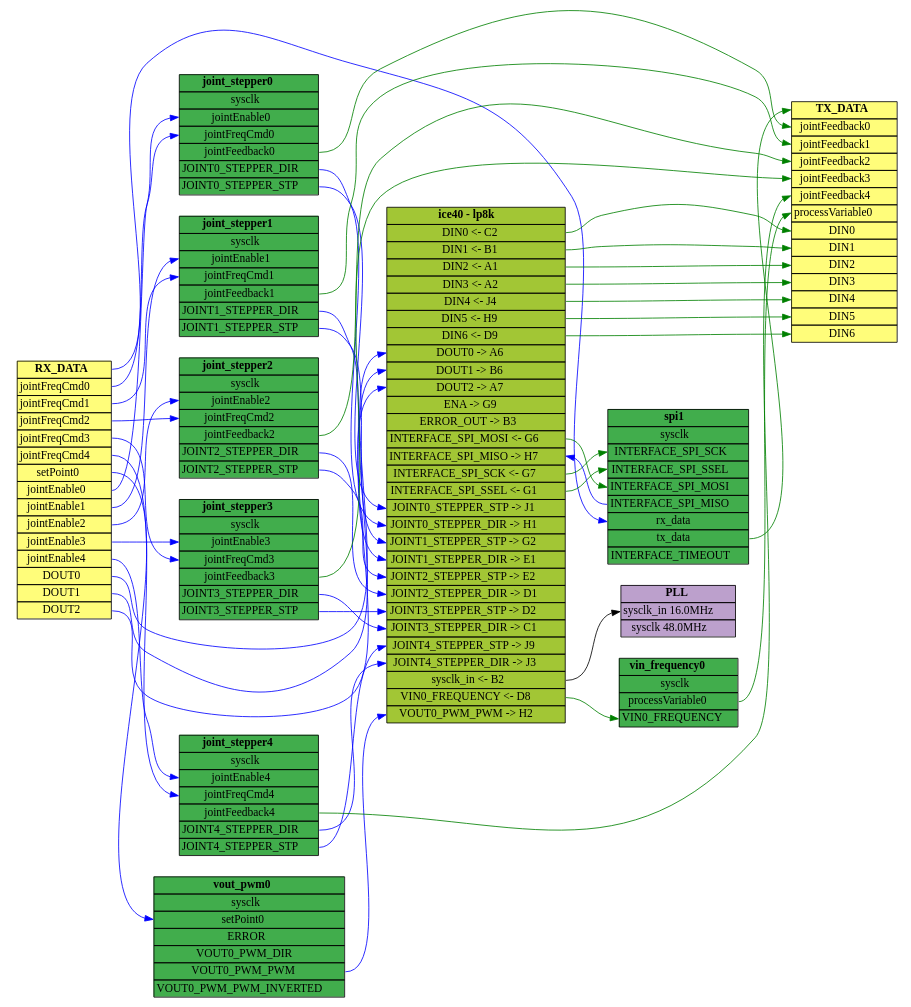
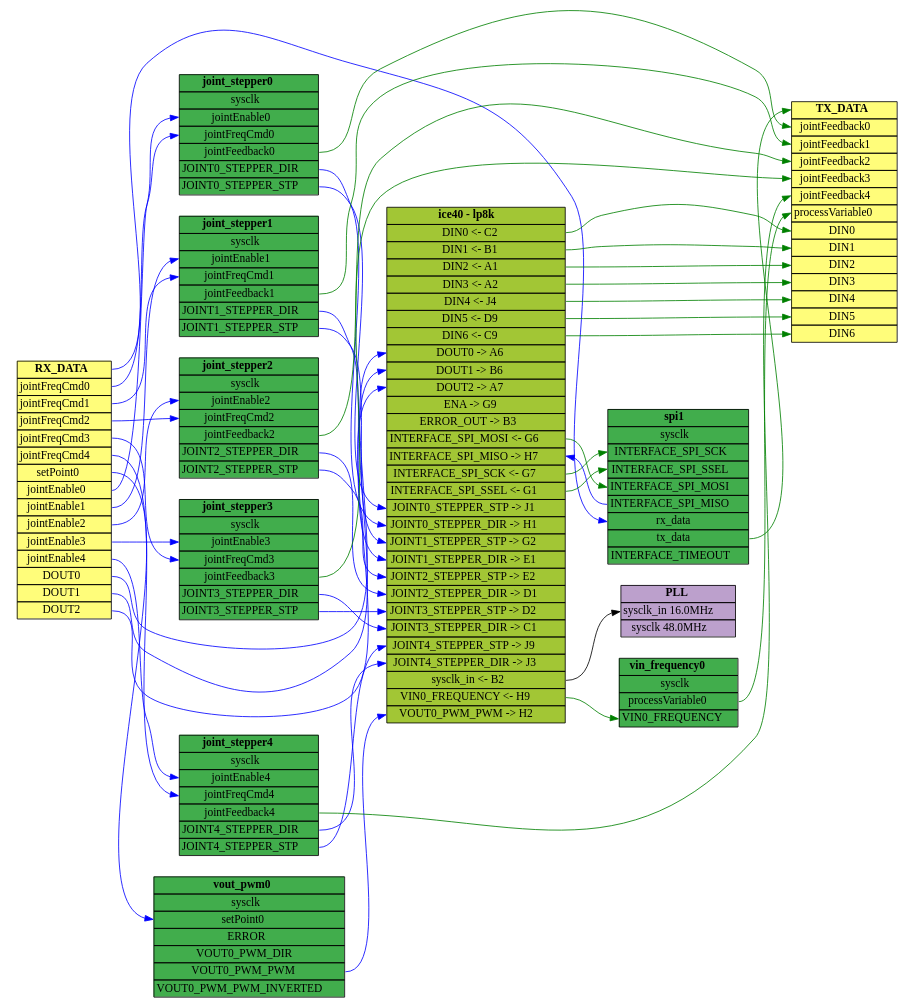
Before and after one commit to multigcs/LinuxCNC-RIO: the diagram in Output/TinyFPGA-BX_BOB/doc/flowchart.gv, drawn with Graphviz. The commit also changed 11 other files, not shown here.

```diff
--- a/Output/TinyFPGA-BX_BOB/doc/flowchart.gv
+++ b/Output/TinyFPGA-BX_BOB/doc/flowchart.gv
@@ -1,108 +1,108 @@
 digraph firmware {
 	node [shape=plaintext]
 	rankdir=LR size=15
 	rx_data:DOUT0 -> pins:DOUT0 [color=blue]
 	rx_data:DOUT1 -> pins:DOUT1 [color=blue]
 	rx_data:DOUT2 -> pins:DOUT2 [color=blue]
 	rx_data [label=<<TABLE bgcolor="#fffd7a" BORDER="0" CELLBORDER="1" CELLSPACING="0"><TR><TD PORT="rx_data"><B>RX_DATA</B></TD></TR><TR><TD PORT="jointFreqCmd0">jointFreqCmd0</TD></TR><TR><TD PORT="jointFreqCmd1">jointFreqCmd1</TD></TR><TR><TD PORT="jointFreqCmd2">jointFreqCmd2</TD></TR><TR><TD PORT="jointFreqCmd3">jointFreqCmd3</TD></TR><TR><TD PORT="jointFreqCmd4">jointFreqCmd4</TD></TR><TR><TD PORT="setPoint0">setPoint0</TD></TR><TR><TD PORT="jointEnable0">jointEnable0</TD></TR><TR><TD PORT="jointEnable1">jointEnable1</TD></TR><TR><TD PORT="jointEnable2">jointEnable2</TD></TR><TR><TD PORT="jointEnable3">jointEnable3</TD></TR><TR><TD PORT="jointEnable4">jointEnable4</TD></TR><TR><TD PORT="DOUT0">DOUT0</TD></TR><TR><TD PORT="DOUT1">DOUT1</TD></TR><TR><TD PORT="DOUT2">DOUT2</TD></TR></TABLE>>]
 	pins:DIN0 -> tx_data:DIN0 [color=green]
 	pins:DIN1 -> tx_data:DIN1 [color=green]
 	pins:DIN2 -> tx_data:DIN2 [color=green]
 	pins:DIN3 -> tx_data:DIN3 [color=green]
 	pins:DIN4 -> tx_data:DIN4 [color=green]
 	pins:DIN5 -> tx_data:DIN5 [color=green]
 	pins:DIN6 -> tx_data:DIN6 [color=green]
 	tx_data [label=<<TABLE bgcolor="#fffd7a" BORDER="0" CELLBORDER="1" CELLSPACING="0"><TR><TD PORT="tx_data"><B>TX_DATA</B></TD></TR><TR><TD PORT="jointFeedback0">jointFeedback0</TD></TR><TR><TD PORT="jointFeedback1">jointFeedback1</TD></TR><TR><TD PORT="jointFeedback2">jointFeedback2</TD></TR><TR><TD PORT="jointFeedback3">jointFeedback3</TD></TR><TR><TD PORT="jointFeedback4">jointFeedback4</TD></TR><TR><TD PORT="processVariable0">processVariable0</TD></TR><TR><TD PORT="DIN0">DIN0</TD></TR><TR><TD PORT="DIN1">DIN1</TD></TR><TR><TD PORT="DIN2">DIN2</TD></TR><TR><TD PORT="DIN3">DIN3</TD></TR><TR><TD PORT="DIN4">DIN4</TD></TR><TR><TD PORT="DIN5">DIN5</TD></TR><TR><TD PORT="DIN6">DIN6</TD></TR></TABLE>>]
-	pins [label=<<TABLE bgcolor="#a2c635" BORDER="0" CELLBORDER="1" CELLSPACING="0"><TR><TD><B>ice40 - lp8k</B></TD></TR><TR><TD PORT="DIN0">DIN0 &lt;- C2</TD></TR><TR><TD PORT="DIN1">DIN1 &lt;- B1</TD></TR><TR><TD PORT="DIN2">DIN2 &lt;- A1</TD></TR><TR><TD PORT="DIN3">DIN3 &lt;- A2</TD></TR><TR><TD PORT="DIN4">DIN4 &lt;- J4</TD></TR><TR><TD PORT="DIN5">DIN5 &lt;- H9</TD></TR><TR><TD PORT="DIN6">DIN6 &lt;- D9</TD></TR><TR><TD PORT="DOUT0">DOUT0 -&gt; A6</TD></TR><TR><TD PORT="DOUT1">DOUT1 -&gt; B6</TD></TR><TR><TD PORT="DOUT2">DOUT2 -&gt; A7</TD></TR><TR><TD PORT="ENA">ENA -&gt; G9</TD></TR><TR><TD PORT="ERROR_OUT">ERROR_OUT -&gt; B3</TD></TR><TR><TD PORT="INTERFACE_SPI_MOSI">INTERFACE_SPI_MOSI &lt;- G6</TD></TR><TR><TD PORT="INTERFACE_SPI_MISO">INTERFACE_SPI_MISO -&gt; H7</TD></TR><TR><TD PORT="INTERFACE_SPI_SCK">INTERFACE_SPI_SCK &lt;- G7</TD></TR><TR><TD PORT="INTERFACE_SPI_SSEL">INTERFACE_SPI_SSEL &lt;- G1</TD></TR><TR><TD PORT="JOINT0_STEPPER_STP">JOINT0_STEPPER_STP -&gt; J1</TD></TR><TR><TD PORT="JOINT0_STEPPER_DIR">JOINT0_STEPPER_DIR -&gt; H1</TD></TR><TR><TD PORT="JOINT1_STEPPER_STP">JOINT1_STEPPER_STP -&gt; G2</TD></TR><TR><TD PORT="JOINT1_STEPPER_DIR">JOINT1_STEPPER_DIR -&gt; E1</TD></TR><TR><TD PORT="JOINT2_STEPPER_STP">JOINT2_STEPPER_STP -&gt; E2</TD></TR><TR><TD PORT="JOINT2_STEPPER_DIR">JOINT2_STEPPER_DIR -&gt; D1</TD></TR><TR><TD PORT="JOINT3_STEPPER_STP">JOINT3_STEPPER_STP -&gt; D2</TD></TR><TR><TD PORT="JOINT3_STEPPER_DIR">JOINT3_STEPPER_DIR -&gt; C1</TD></TR><TR><TD PORT="JOINT4_STEPPER_STP">JOINT4_STEPPER_STP -&gt; J9</TD></TR><TR><TD PORT="JOINT4_STEPPER_DIR">JOINT4_STEPPER_DIR -&gt; J3</TD></TR><TR><TD PORT="sysclk_in">sysclk_in &lt;- B2</TD></TR><TR><TD PORT="VIN0_FREQUENCY">VIN0_FREQUENCY &lt;- D8</TD></TR><TR><TD PORT="VOUT0_PWM_PWM">VOUT0_PWM_PWM -&gt; H2</TD></TR></TABLE>>]
+	pins [label=<<TABLE bgcolor="#a2c635" BORDER="0" CELLBORDER="1" CELLSPACING="0"><TR><TD><B>ice40 - lp8k</B></TD></TR><TR><TD PORT="DIN0">DIN0 &lt;- C2</TD></TR><TR><TD PORT="DIN1">DIN1 &lt;- B1</TD></TR><TR><TD PORT="DIN2">DIN2 &lt;- A1</TD></TR><TR><TD PORT="DIN3">DIN3 &lt;- A2</TD></TR><TR><TD PORT="DIN4">DIN4 &lt;- J4</TD></TR><TR><TD PORT="DIN5">DIN5 &lt;- D9</TD></TR><TR><TD PORT="DIN6">DIN6 &lt;- C9</TD></TR><TR><TD PORT="DOUT0">DOUT0 -&gt; A6</TD></TR><TR><TD PORT="DOUT1">DOUT1 -&gt; B6</TD></TR><TR><TD PORT="DOUT2">DOUT2 -&gt; A7</TD></TR><TR><TD PORT="ENA">ENA -&gt; G9</TD></TR><TR><TD PORT="ERROR_OUT">ERROR_OUT -&gt; B3</TD></TR><TR><TD PORT="INTERFACE_SPI_MOSI">INTERFACE_SPI_MOSI &lt;- G6</TD></TR><TR><TD PORT="INTERFACE_SPI_MISO">INTERFACE_SPI_MISO -&gt; H7</TD></TR><TR><TD PORT="INTERFACE_SPI_SCK">INTERFACE_SPI_SCK &lt;- G7</TD></TR><TR><TD PORT="INTERFACE_SPI_SSEL">INTERFACE_SPI_SSEL &lt;- G1</TD></TR><TR><TD PORT="JOINT0_STEPPER_STP">JOINT0_STEPPER_STP -&gt; J1</TD></TR><TR><TD PORT="JOINT0_STEPPER_DIR">JOINT0_STEPPER_DIR -&gt; H1</TD></TR><TR><TD PORT="JOINT1_STEPPER_STP">JOINT1_STEPPER_STP -&gt; G2</TD></TR><TR><TD PORT="JOINT1_STEPPER_DIR">JOINT1_STEPPER_DIR -&gt; E1</TD></TR><TR><TD PORT="JOINT2_STEPPER_STP">JOINT2_STEPPER_STP -&gt; E2</TD></TR><TR><TD PORT="JOINT2_STEPPER_DIR">JOINT2_STEPPER_DIR -&gt; D1</TD></TR><TR><TD PORT="JOINT3_STEPPER_STP">JOINT3_STEPPER_STP -&gt; D2</TD></TR><TR><TD PORT="JOINT3_STEPPER_DIR">JOINT3_STEPPER_DIR -&gt; C1</TD></TR><TR><TD PORT="JOINT4_STEPPER_STP">JOINT4_STEPPER_STP -&gt; J9</TD></TR><TR><TD PORT="JOINT4_STEPPER_DIR">JOINT4_STEPPER_DIR -&gt; J3</TD></TR><TR><TD PORT="sysclk_in">sysclk_in &lt;- B2</TD></TR><TR><TD PORT="VIN0_FREQUENCY">VIN0_FREQUENCY &lt;- H9</TD></TR><TR><TD PORT="VOUT0_PWM_PWM">VOUT0_PWM_PWM -&gt; H2</TD></TR></TABLE>>]
 	pll [label=<<TABLE bgcolor="#bca0cc" BORDER="0" CELLBORDER="1" CELLSPACING="0"><TR><TD><B>PLL</B></TD></TR><TR><TD PORT="sysclk_in">sysclk_in 16.0MHz</TD></TR><TR><TD PORT="sysclk">sysclk 48.0MHz</TD></TR></TABLE>>]
 	pins:sysclk_in -> pll:sysclk_in
 	vin_frequency0 [label=vin_frequency0]
 	vin_frequency0:processVariable0 -> tx_data:processVariable0 [color=green]
 	vin_frequency0 [label=vin_frequency0]
 	pins:VIN0_FREQUENCY -> vin_frequency0:VIN0_FREQUENCY [color=green]
 	vin_frequency0 [label=vin_frequency0]
 	vin_frequency0 [label=<<TABLE bgcolor="#41ad4c" BORDER="0" CELLBORDER="1" CELLSPACING="0"><TR><TD><B>vin_frequency0</B></TD></TR><TR><TD PORT="sysclk">sysclk</TD></TR><TR><TD PORT="processVariable0">processVariable0</TD></TR><TR><TD PORT="VIN0_FREQUENCY">VIN0_FREQUENCY</TD></TR></TABLE>>]
 	vout_pwm0 [label=vout_pwm0]
 	rx_data:setPoint0 -> vout_pwm0:setPoint0 [color=blue]
 	vout_pwm0 [label=vout_pwm0]
 	vout_pwm0 [label=vout_pwm0]
 	vout_pwm0 [label=vout_pwm0]
 	vout_pwm0:VOUT0_PWM_PWM -> pins:VOUT0_PWM_PWM [color=blue]
 	vout_pwm0 [label=vout_pwm0]
 	vout_pwm0 [label=<<TABLE bgcolor="#41ad4c" BORDER="0" CELLBORDER="1" CELLSPACING="0"><TR><TD><B>vout_pwm0</B></TD></TR><TR><TD PORT="sysclk">sysclk</TD></TR><TR><TD PORT="setPoint0">setPoint0</TD></TR><TR><TD PORT="ERROR">ERROR</TD></TR><TR><TD PORT="VOUT0_PWM_DIR">VOUT0_PWM_DIR</TD></TR><TR><TD PORT="VOUT0_PWM_PWM">VOUT0_PWM_PWM</TD></TR><TR><TD PORT="VOUT0_PWM_PWM_INVERTED">VOUT0_PWM_PWM_INVERTED</TD></TR></TABLE>>]
 	joint_stepper0 [label=joint_stepper0]
 	rx_data:jointEnable0 -> joint_stepper0:jointEnable0 [color=blue]
 	joint_stepper0 [label=joint_stepper0]
 	rx_data:jointFreqCmd0 -> joint_stepper0:jointFreqCmd0 [color=blue]
 	joint_stepper0 [label=joint_stepper0]
 	joint_stepper0:jointFeedback0 -> tx_data:jointFeedback0 [color=green]
 	joint_stepper0 [label=joint_stepper0]
 	joint_stepper0:JOINT0_STEPPER_DIR -> pins:JOINT0_STEPPER_DIR [color=blue]
 	joint_stepper0 [label=joint_stepper0]
 	joint_stepper0:JOINT0_STEPPER_STP -> pins:JOINT0_STEPPER_STP [color=blue]
 	joint_stepper0 [label=joint_stepper0]
 	joint_stepper1 [label=joint_stepper1]
 	rx_data:jointEnable1 -> joint_stepper1:jointEnable1 [color=blue]
 	joint_stepper1 [label=joint_stepper1]
 	rx_data:jointFreqCmd1 -> joint_stepper1:jointFreqCmd1 [color=blue]
 	joint_stepper1 [label=joint_stepper1]
 	joint_stepper1:jointFeedback1 -> tx_data:jointFeedback1 [color=green]
 	joint_stepper1 [label=joint_stepper1]
 	joint_stepper1:JOINT1_STEPPER_DIR -> pins:JOINT1_STEPPER_DIR [color=blue]
 	joint_stepper1 [label=joint_stepper1]
 	joint_stepper1:JOINT1_STEPPER_STP -> pins:JOINT1_STEPPER_STP [color=blue]
 	joint_stepper1 [label=joint_stepper1]
 	joint_stepper2 [label=joint_stepper2]
 	rx_data:jointEnable2 -> joint_stepper2:jointEnable2 [color=blue]
 	joint_stepper2 [label=joint_stepper2]
 	rx_data:jointFreqCmd2 -> joint_stepper2:jointFreqCmd2 [color=blue]
 	joint_stepper2 [label=joint_stepper2]
 	joint_stepper2:jointFeedback2 -> tx_data:jointFeedback2 [color=green]
 	joint_stepper2 [label=joint_stepper2]
 	joint_stepper2:JOINT2_STEPPER_DIR -> pins:JOINT2_STEPPER_DIR [color=blue]
 	joint_stepper2 [label=joint_stepper2]
 	joint_stepper2:JOINT2_STEPPER_STP -> pins:JOINT2_STEPPER_STP [color=blue]
 	joint_stepper2 [label=joint_stepper2]
 	joint_stepper3 [label=joint_stepper3]
 	rx_data:jointEnable3 -> joint_stepper3:jointEnable3 [color=blue]
 	joint_stepper3 [label=joint_stepper3]
 	rx_data:jointFreqCmd3 -> joint_stepper3:jointFreqCmd3 [color=blue]
 	joint_stepper3 [label=joint_stepper3]
 	joint_stepper3:jointFeedback3 -> tx_data:jointFeedback3 [color=green]
 	joint_stepper3 [label=joint_stepper3]
 	joint_stepper3:JOINT3_STEPPER_DIR -> pins:JOINT3_STEPPER_DIR [color=blue]
 	joint_stepper3 [label=joint_stepper3]
 	joint_stepper3:JOINT3_STEPPER_STP -> pins:JOINT3_STEPPER_STP [color=blue]
 	joint_stepper3 [label=joint_stepper3]
 	joint_stepper4 [label=joint_stepper4]
 	rx_data:jointEnable4 -> joint_stepper4:jointEnable4 [color=blue]
 	joint_stepper4 [label=joint_stepper4]
 	rx_data:jointFreqCmd4 -> joint_stepper4:jointFreqCmd4 [color=blue]
 	joint_stepper4 [label=joint_stepper4]
 	joint_stepper4:jointFeedback4 -> tx_data:jointFeedback4 [color=green]
 	joint_stepper4 [label=joint_stepper4]
 	joint_stepper4:JOINT4_STEPPER_DIR -> pins:JOINT4_STEPPER_DIR [color=blue]
 	joint_stepper4 [label=joint_stepper4]
 	joint_stepper4:JOINT4_STEPPER_STP -> pins:JOINT4_STEPPER_STP [color=blue]
 	joint_stepper4 [label=joint_stepper4]
 	joint_stepper0 [label=<<TABLE bgcolor="#41ad4c" BORDER="0" CELLBORDER="1" CELLSPACING="0"><TR><TD><B>joint_stepper0</B></TD></TR><TR><TD PORT="sysclk">sysclk</TD></TR><TR><TD PORT="jointEnable0">jointEnable0</TD></TR><TR><TD PORT="jointFreqCmd0">jointFreqCmd0</TD></TR><TR><TD PORT="jointFeedback0">jointFeedback0</TD></TR><TR><TD PORT="JOINT0_STEPPER_DIR">JOINT0_STEPPER_DIR</TD></TR><TR><TD PORT="JOINT0_STEPPER_STP">JOINT0_STEPPER_STP</TD></TR></TABLE>>]
 	joint_stepper1 [label=<<TABLE bgcolor="#41ad4c" BORDER="0" CELLBORDER="1" CELLSPACING="0"><TR><TD><B>joint_stepper1</B></TD></TR><TR><TD PORT="sysclk">sysclk</TD></TR><TR><TD PORT="jointEnable1">jointEnable1</TD></TR><TR><TD PORT="jointFreqCmd1">jointFreqCmd1</TD></TR><TR><TD PORT="jointFeedback1">jointFeedback1</TD></TR><TR><TD PORT="JOINT1_STEPPER_DIR">JOINT1_STEPPER_DIR</TD></TR><TR><TD PORT="JOINT1_STEPPER_STP">JOINT1_STEPPER_STP</TD></TR></TABLE>>]
 	joint_stepper2 [label=<<TABLE bgcolor="#41ad4c" BORDER="0" CELLBORDER="1" CELLSPACING="0"><TR><TD><B>joint_stepper2</B></TD></TR><TR><TD PORT="sysclk">sysclk</TD></TR><TR><TD PORT="jointEnable2">jointEnable2</TD></TR><TR><TD PORT="jointFreqCmd2">jointFreqCmd2</TD></TR><TR><TD PORT="jointFeedback2">jointFeedback2</TD></TR><TR><TD PORT="JOINT2_STEPPER_DIR">JOINT2_STEPPER_DIR</TD></TR><TR><TD PORT="JOINT2_STEPPER_STP">JOINT2_STEPPER_STP</TD></TR></TABLE>>]
 	joint_stepper3 [label=<<TABLE bgcolor="#41ad4c" BORDER="0" CELLBORDER="1" CELLSPACING="0"><TR><TD><B>joint_stepper3</B></TD></TR><TR><TD PORT="sysclk">sysclk</TD></TR><TR><TD PORT="jointEnable3">jointEnable3</TD></TR><TR><TD PORT="jointFreqCmd3">jointFreqCmd3</TD></TR><TR><TD PORT="jointFeedback3">jointFeedback3</TD></TR><TR><TD PORT="JOINT3_STEPPER_DIR">JOINT3_STEPPER_DIR</TD></TR><TR><TD PORT="JOINT3_STEPPER_STP">JOINT3_STEPPER_STP</TD></TR></TABLE>>]
 	joint_stepper4 [label=<<TABLE bgcolor="#41ad4c" BORDER="0" CELLBORDER="1" CELLSPACING="0"><TR><TD><B>joint_stepper4</B></TD></TR><TR><TD PORT="sysclk">sysclk</TD></TR><TR><TD PORT="jointEnable4">jointEnable4</TD></TR><TR><TD PORT="jointFreqCmd4">jointFreqCmd4</TD></TR><TR><TD PORT="jointFeedback4">jointFeedback4</TD></TR><TR><TD PORT="JOINT4_STEPPER_DIR">JOINT4_STEPPER_DIR</TD></TR><TR><TD PORT="JOINT4_STEPPER_STP">JOINT4_STEPPER_STP</TD></TR></TABLE>>]
 	spi1 [label=spi1]
 	pins:INTERFACE_SPI_SCK -> spi1:INTERFACE_SPI_SCK [color=green]
 	spi1 [label=spi1]
 	pins:INTERFACE_SPI_SSEL -> spi1:INTERFACE_SPI_SSEL [color=green]
 	spi1 [label=spi1]
 	pins:INTERFACE_SPI_MOSI -> spi1:INTERFACE_SPI_MOSI [color=green]
 	spi1 [label=spi1]
 	spi1:INTERFACE_SPI_MISO -> pins:INTERFACE_SPI_MISO [color=blue]
 	spi1 [label=spi1]
 	rx_data:rx_data -> spi1:rx_data [color=blue]
 	spi1 [label=spi1]
 	spi1:tx_data -> tx_data:tx_data [color=green]
 	spi1 [label=spi1]
 	spi1 [label=spi1]
 	spi1 [label=<<TABLE bgcolor="#41ad4c" BORDER="0" CELLBORDER="1" CELLSPACING="0"><TR><TD><B>spi1</B></TD></TR><TR><TD PORT="sysclk">sysclk</TD></TR><TR><TD PORT="INTERFACE_SPI_SCK">INTERFACE_SPI_SCK</TD></TR><TR><TD PORT="INTERFACE_SPI_SSEL">INTERFACE_SPI_SSEL</TD></TR><TR><TD PORT="INTERFACE_SPI_MOSI">INTERFACE_SPI_MOSI</TD></TR><TR><TD PORT="INTERFACE_SPI_MISO">INTERFACE_SPI_MISO</TD></TR><TR><TD PORT="rx_data">rx_data</TD></TR><TR><TD PORT="tx_data">tx_data</TD></TR><TR><TD PORT="INTERFACE_TIMEOUT">INTERFACE_TIMEOUT</TD></TR></TABLE>>]
 }
```
